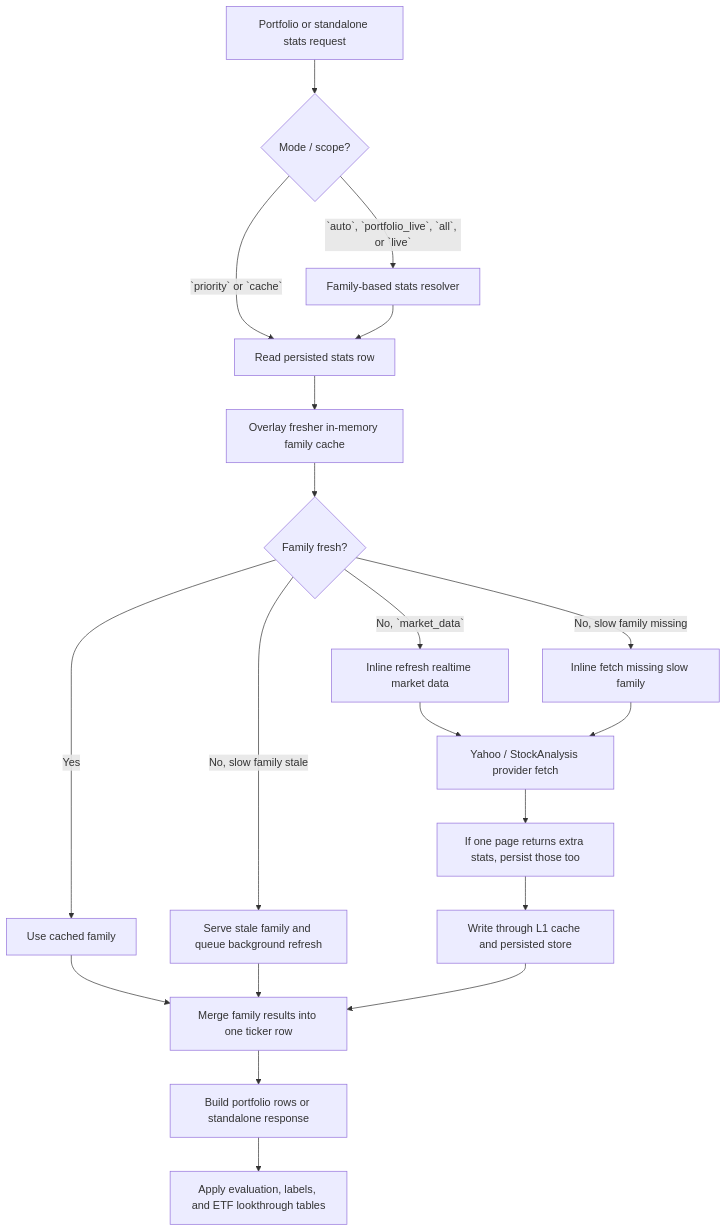
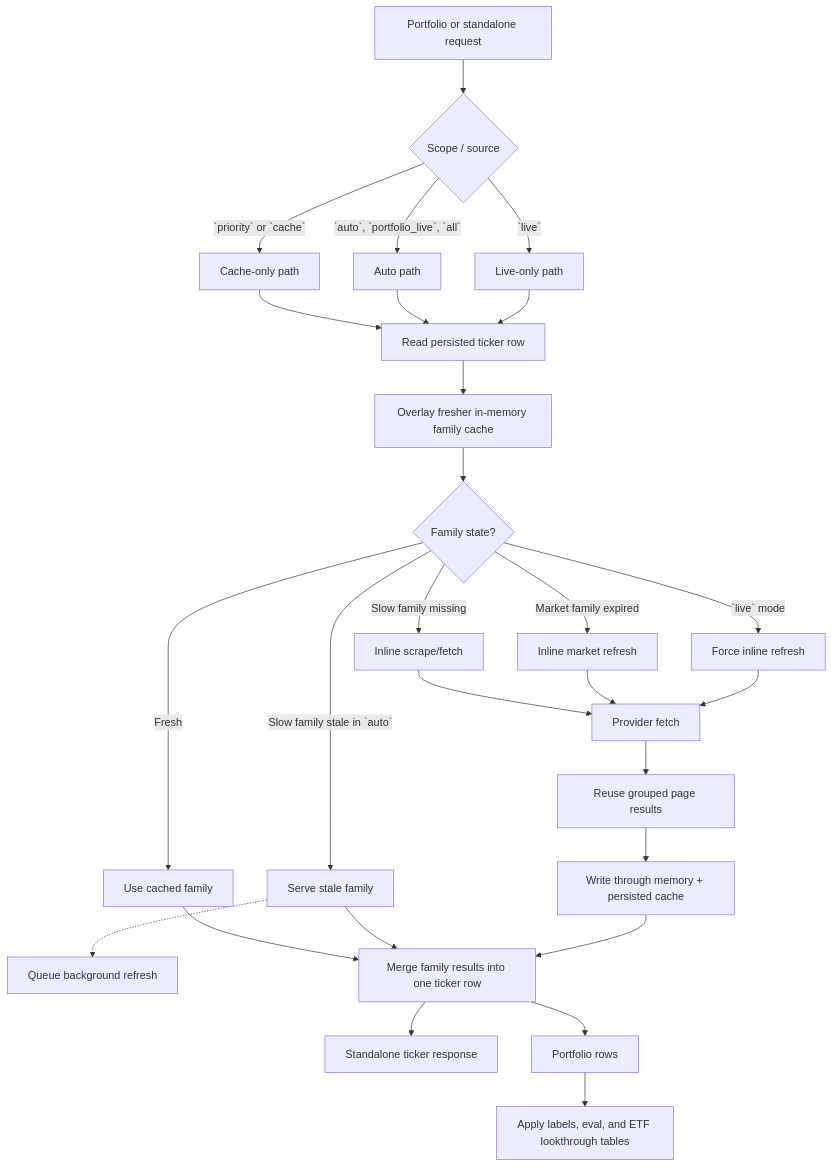
One commit to teron131/stock-search changed the first of 2 diagrams in README.md. Above: the diagram before and after it, drawn with Mermaid. The commit also changed other lines of this file and 26 other files, not shown here.

````diff
--- a/README.md
+++ b/README.md
@@ -16,29 +16,41 @@
 ```mermaid
 flowchart TD
-    accTitle: Family-based stats resolution flow
-    accDescr: Shows how cache-only, auto, and live requests resolve ticker stats through persisted cache, in-memory family cache, inline refresh, and background refresh.
-    Request["Portfolio or standalone stats request"] --> Mode{"Mode / scope?"}
-    Mode -->|`priority` or `cache`| Persisted["Read persisted stats row"]
-    Mode -->|`auto`, `portfolio_live`, `all`, or `live`| Resolver["Family-based stats resolver"]
+    accTitle: Family-based stats workflow
+    accDescr: Shows how portfolio and standalone requests resolve stats through mode selection, layered caches, family freshness checks, provider refreshes, and final payload assembly.
 
-    Resolver --> Persisted
-    Persisted --> L1["Overlay fresher in-memory family cache"]
-    L1 --> Family{"Family fresh?"}
+    Request["Portfolio or standalone request"]
+    Request --> Mode{"Scope / source"}
 
-    Family -->|Yes| ServeFresh["Use cached family"]
-    Family -->|No, `market_data`| InlineFast["Inline refresh realtime market data"]
-    Family -->|No, slow family stale| StaleServe["Serve stale family and queue background refresh"]
-    Family -->|No, slow family missing| InlineSlow["Inline fetch missing slow family"]
+    Mode -->|`priority` or `cache`| CacheMode["Cache-only path"]
+    Mode -->|`auto`, `portfolio_live`, `all`| AutoMode["Auto path"]
+    Mode -->|`live`| LiveMode["Live-only path"]
 
-    InlineFast --> Provider["Yahoo / StockAnalysis provider fetch"]
-    InlineSlow --> Provider
-    Provider --> Batch["If one page returns extra stats, persist those too"]
-    Batch --> WriteThrough["Write through L1 cache and persisted store"]
+    CacheMode --> Load["Read persisted ticker row"]
+    AutoMode --> Load
+    LiveMode --> Load
 
-    ServeFresh --> Merge["Merge family results into one ticker row"]
-    StaleServe --> Merge
-    WriteThrough --> Merge
+    Load --> Overlay["Overlay fresher in-memory family cache"]
+    Overlay --> Decision{"Family state?"}
 
-    Merge --> Payload["Build portfolio rows or standalone response"]
-    Payload --> Eval["Apply evaluation, labels, and ETF lookthrough tables"]
+    Decision -->|Fresh| Fresh["Use cached family"]
+    Decision -->|Slow family stale in `auto`| Stale["Serve stale family"]
+    Stale -.-> Queue["Queue background refresh"]
+    Decision -->|Slow family missing| InlineSlow["Inline scrape/fetch"]
+    Decision -->|Market family expired| InlineFast["Inline market refresh"]
+    Decision -->|`live` mode| ForceLive["Force inline refresh"]
+
+    InlineSlow --> Provider["Provider fetch"]
+    InlineFast --> Provider
+    ForceLive --> Provider
+
+    Provider --> Piggyback["Reuse grouped page results"]
+    Piggyback --> Persist["Write through memory + persisted cache"]
+
+    Fresh --> Merge["Merge family results into one ticker row"]
+    Stale --> Merge
+    Persist --> Merge
+
+    Merge --> Standalone["Standalone ticker response"]
+    Merge --> Portfolio["Portfolio rows"]
+    Portfolio --> Enrich["Apply labels, eval, and ETF lookthrough tables"]
 ```
````
